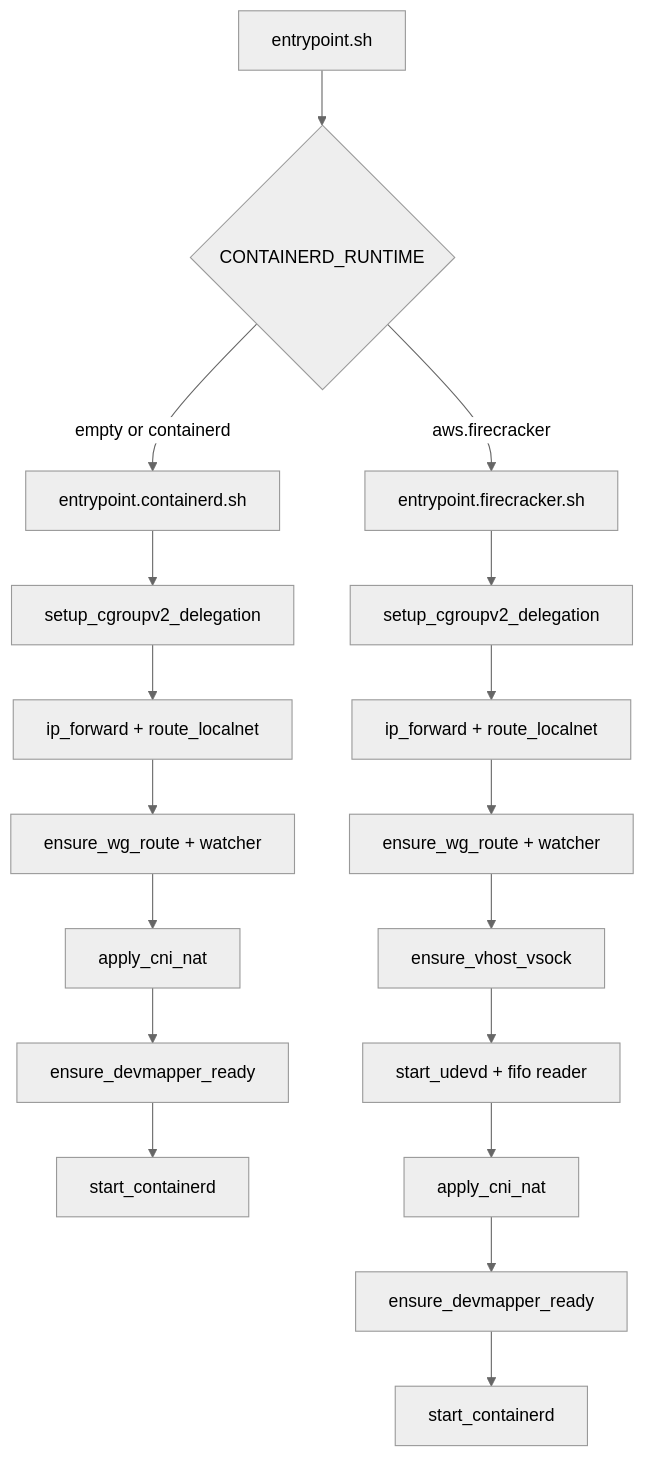
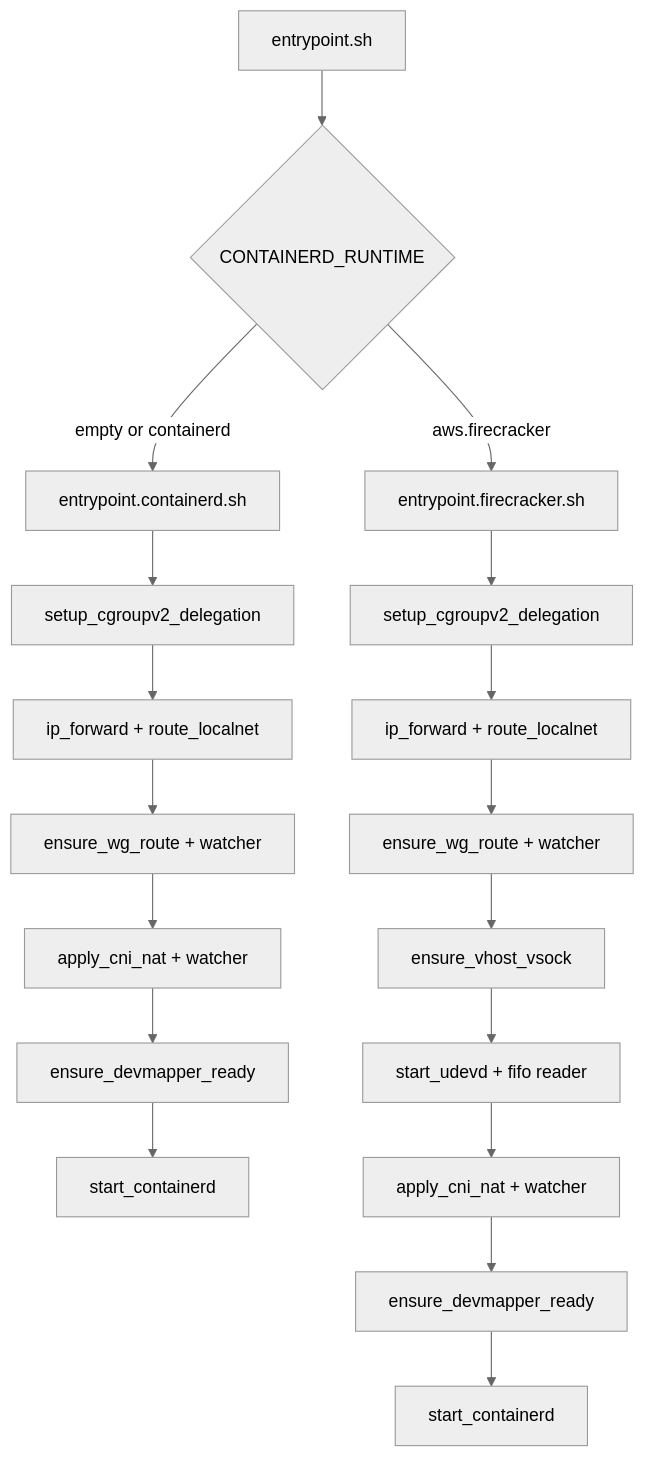
One commit to poruru-code/esb changed the diagram in services/runtime-node/docs/startup.md. Above: the diagram before and after it, drawn with Mermaid (neutral theme). The commit also changed other lines of this file and 51 other files, not shown here.

````diff
--- a/services/runtime-node/docs/startup.md
+++ b/services/runtime-node/docs/startup.md
@@ -13,22 +13,22 @@
 ```mermaid
 flowchart TD
     A[entrypoint.sh] --> B{CONTAINERD_RUNTIME}
     B -->|empty or containerd| C[entrypoint.containerd.sh]
     B -->|aws.firecracker| D[entrypoint.firecracker.sh]
 
     C --> C1[setup_cgroupv2_delegation]
     C1 --> C2[ip_forward + route_localnet]
     C2 --> C3[ensure_wg_route + watcher]
-    C3 --> C4[apply_cni_nat]
+    C3 --> C4[apply_cni_nat + watcher]
     C4 --> C5[ensure_devmapper_ready]
     C5 --> C6[start_containerd]
 
     D --> D1[setup_cgroupv2_delegation]
     D1 --> D2[ip_forward + route_localnet]
     D2 --> D3[ensure_wg_route + watcher]
     D3 --> D4[ensure_vhost_vsock]
     D4 --> D5[start_udevd + fifo reader]
-    D5 --> D6[apply_cni_nat]
+    D5 --> D6[apply_cni_nat + watcher]
     D6 --> D7[ensure_devmapper_ready]
     D7 --> D8[start_containerd]
 ```
````
